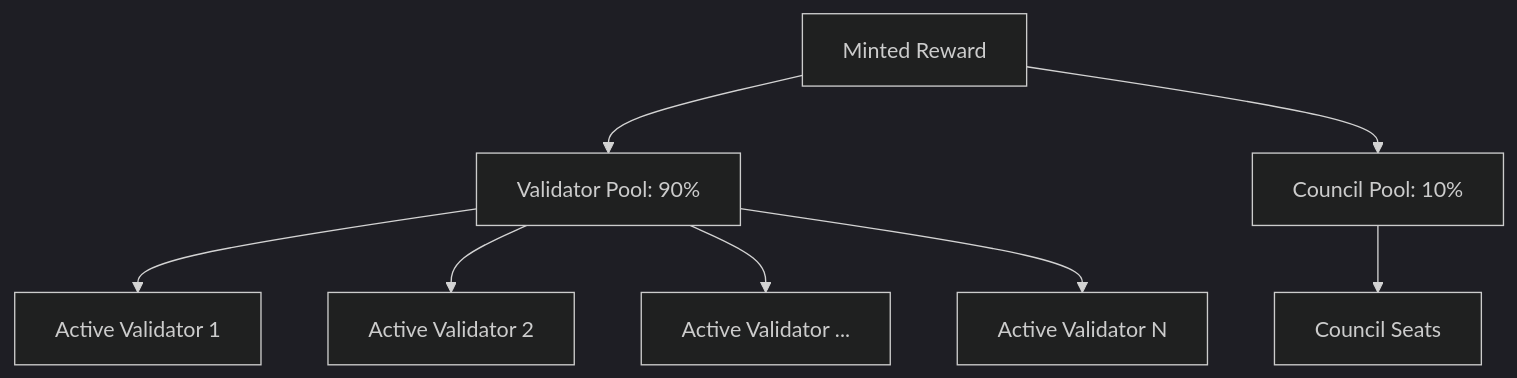
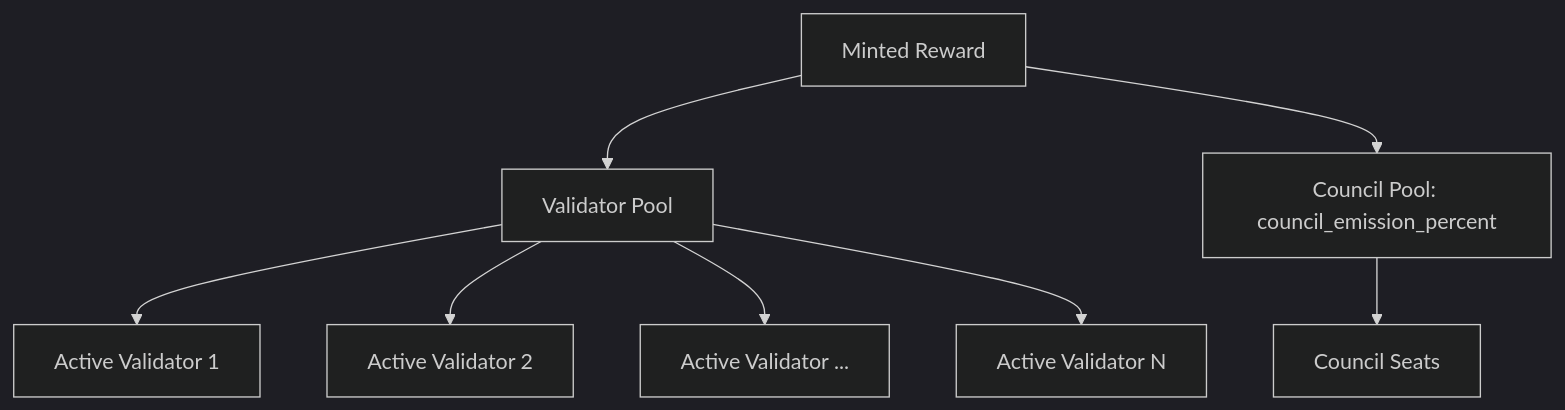
Before and after one commit to UltraDAGcom/core: the diagram in mkdocs-site/tokenomics/supply.md, drawn with Mermaid (dark theme). The commit also changed other lines of this file and 22 other files, not shown here.

````diff
--- a/mkdocs-site/tokenomics/supply.md
+++ b/mkdocs-site/tokenomics/supply.md
@@ -91,12 +92,12 @@
 ```mermaid
 graph TD
-    M[Minted Reward] --> V[Validator Pool: 90%]
-    M --> C[Council Pool: 10%]
+    M[Minted Reward] --> V[Validator Pool]
+    M --> C[Council Pool: council_emission_percent]
 
     V --> A1[Active Validator 1]
     V --> A2[Active Validator 2]
     V --> A3[Active Validator ...]
     V --> AN[Active Validator N]
 
     C --> CS[Council Seats]
 ```
````
